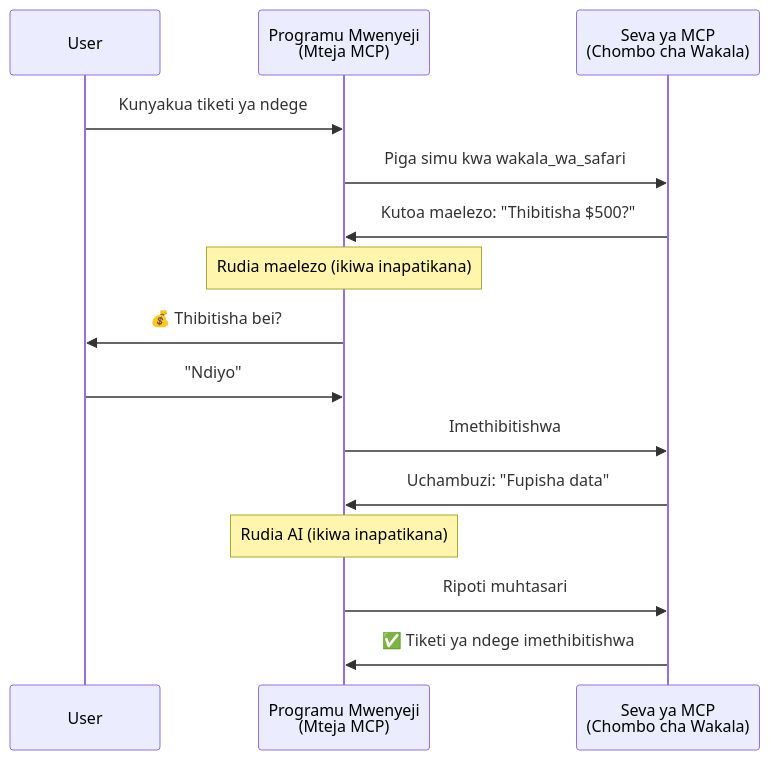
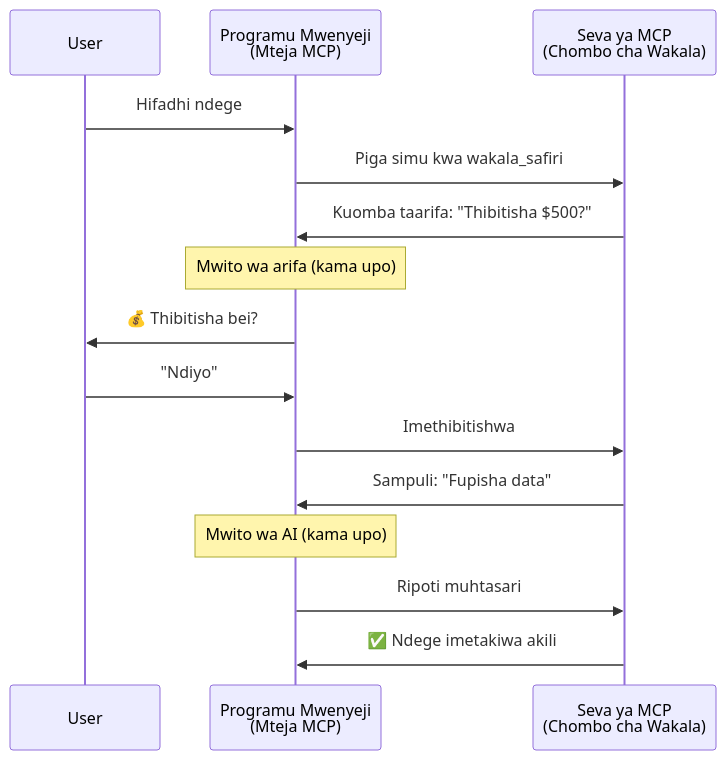
One commit to gabrielmoreira/agent-skills-mirror changed the fourth of 5 diagrams in mirrors/repos/microsoft@ai-agents-for-beginners/translations/sw/11-agentic-protocols/code_samples/mcp-agents/README.md. Above: the diagram before and after it, drawn with Mermaid. The commit also changed other lines of this file and 4262 other files, not shown here.

````diff
--- a/mirrors/repos/microsoft@ai-agents-for-beginners/translations/sw/11-agentic-protocols/code_samples/mcp-agents/README.md
+++ b/mirrors/repos/microsoft@ai-agents-for-beginners/translations/sw/11-agentic-protocols/code_samples/mcp-agents/README.md
@@ -163,21 +163,21 @@
 ```mermaid
 sequenceDiagram
     participant User
     participant Host as Programu Mwenyeji<br/>(Mteja MCP)
     participant Server as Seva ya MCP<br/>(Chombo cha Wakala)
 
-    User->>Host: Kunyakua tiketi ya ndege
-    Host->>Server: Piga simu kwa wakala_wa_safari
+    User->>Host: Hifadhi ndege
+    Host->>Server: Piga simu kwa wakala_safiri
 
-    Server->>Host: Kutoa maelezo: "Thibitisha $500?"
-    Note over Host: Rudia maelezo (ikiwa inapatikana)
+    Server->>Host: Kuomba taarifa: "Thibitisha $500?"
+    Note over Host: Mwito wa arifa (kama upo)
     Host->>User: 💰 Thibitisha bei?
     User->>Host: "Ndiyo"
     Host->>Server: Imethibitishwa
 
-    Server->>Host: Uchambuzi: "Fupisha data"
-    Note over Host: Rudia AI (ikiwa inapatikana)
+    Server->>Host: Sampuli: "Fupisha data"
+    Note over Host: Mwito wa AI (kama upo)
     Host->>Server: Ripoti muhtasari
 
-    Server->>Host: ✅ Tiketi ya ndege imethibitishwa
+    Server->>Host: ✅ Ndege imetakiwa akili
 ```
````
